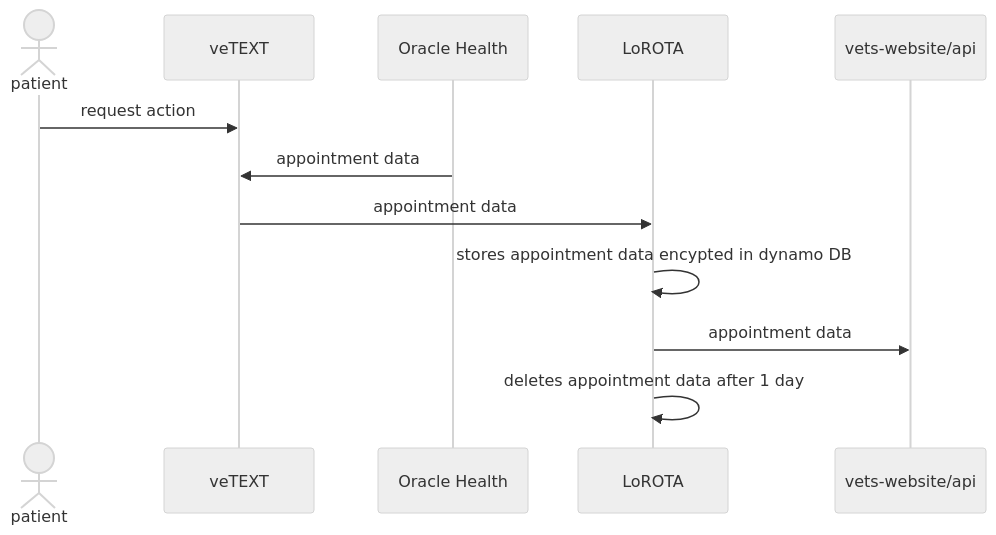
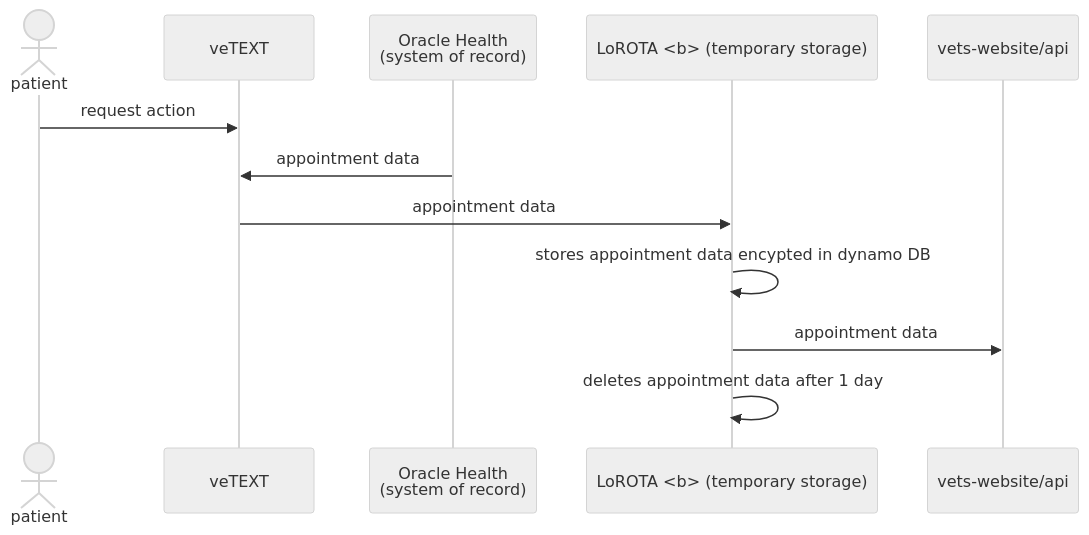
Before and after one commit to department-of-veterans-affairs/va.gov-team: the diagram in products/health-care/checkin/engineering/architecture-diagrams/OH-travel-data-flow-diagram.md, drawn with Mermaid.

````diff
--- a/products/health-care/checkin/engineering/architecture-diagrams/OH-travel-data-flow-diagram.md
+++ b/products/health-care/checkin/engineering/architecture-diagrams/OH-travel-data-flow-diagram.md
@@ -3,18 +3,18 @@
 ```mermaid
 ---
 config:
   theme: neutral
 ---
 sequenceDiagram
   actor patient as patient
   participant vetext as veTEXT
-  participant oh as Oracle Health
-  participant lorota as LoROTA
+  participant oh as Oracle Health <br> (system of record)
+  participant lorota as LoROTA <b> (temporary storage)
   participant vetswebsite as vets-website/api
   patient->>vetext: request action
   oh->>vetext: appointment data
   vetext->>lorota: appointment data
   lorota->>lorota: stores appointment data encypted in dynamo DB
   lorota->>vetswebsite: appointment data
   lorota->>lorota: deletes appointment data after 1 day
 ```
````
